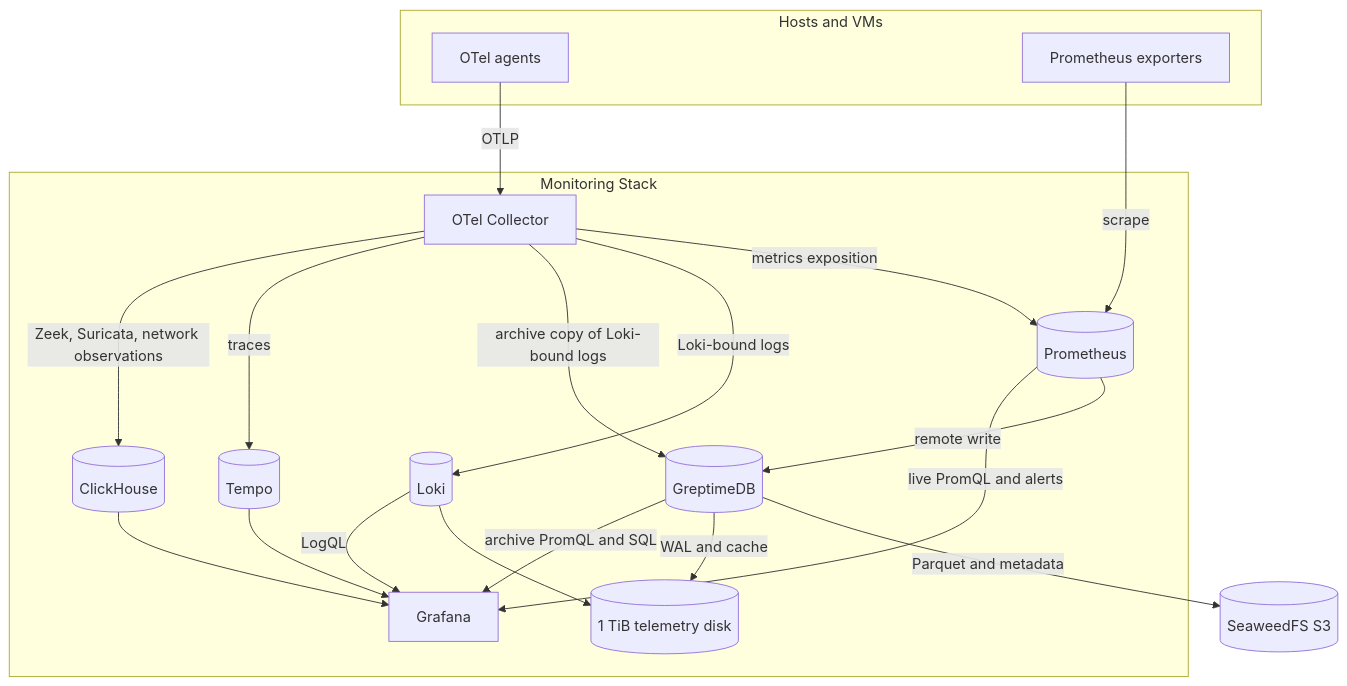
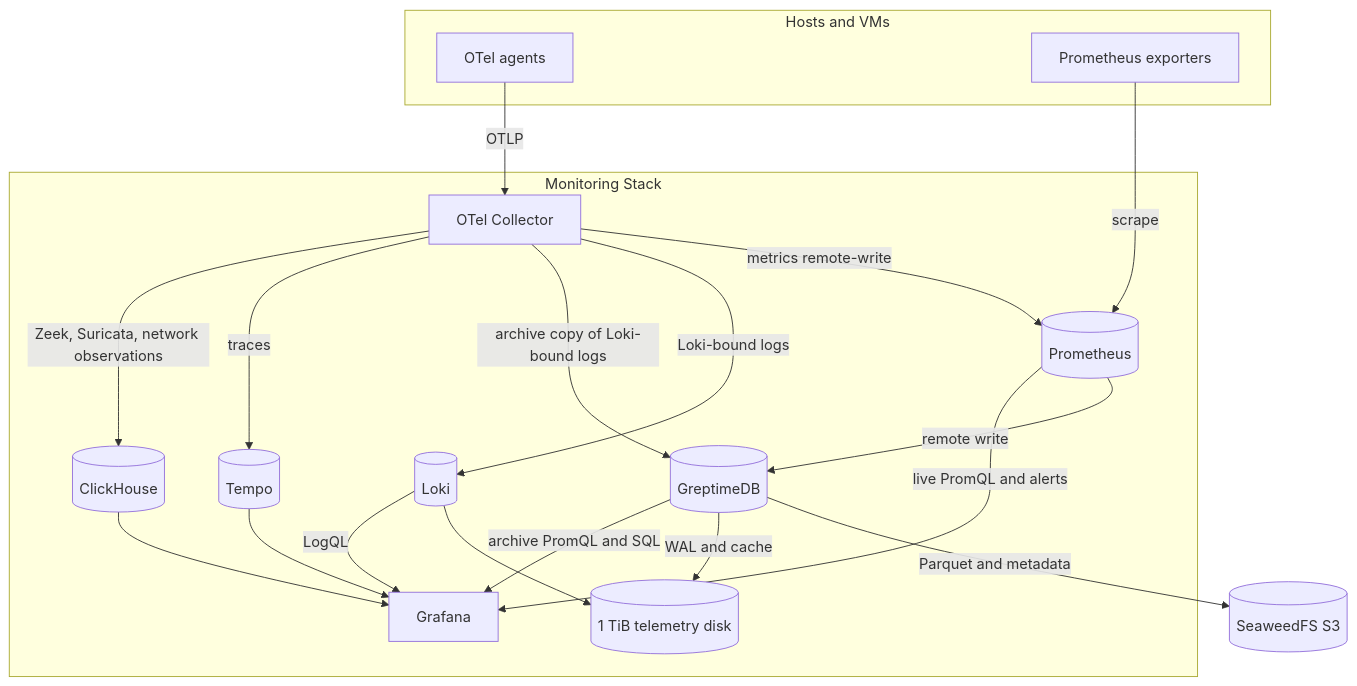
Before and after one commit to shedrachokonofua/aether: the diagram in docs/monitoring.md, drawn with Mermaid. The commit also changed 8 other files, not shown here.

````diff
--- a/docs/monitoring.md
+++ b/docs/monitoring.md
@@ -7,37 +7,37 @@
 ```mermaid
 flowchart TB
     subgraph Hosts["Hosts and VMs"]
         Agent["OTel agents"]
         Exporters["Prometheus exporters"]
     end
 
     subgraph Niobe["Monitoring Stack"]
         Collector["OTel Collector"]
         Prometheus[(Prometheus)]
         Loki[(Loki)]
         Tempo[(Tempo)]
         ClickHouse[(ClickHouse)]
         Greptime[(GreptimeDB)]
         Grafana[Grafana]
         TelemetryDisk[("1 TiB telemetry disk")]
     end
 
     SeaweedFS[(SeaweedFS S3)]
 
     Agent -->|OTLP| Collector
     Exporters -->|scrape| Prometheus
-    Collector -->|metrics exposition| Prometheus
+    Collector -->|metrics remote-write| Prometheus
     Collector -->|Loki-bound logs| Loki
     Collector -->|archive copy of Loki-bound logs| Greptime
     Collector -->|traces| Tempo
     Collector -->|Zeek, Suricata, network observations| ClickHouse
     Prometheus -->|remote write| Greptime
     Greptime -->|Parquet and metadata| SeaweedFS
     Loki --> TelemetryDisk
     Greptime -->|WAL and cache| TelemetryDisk
     Prometheus -->|live PromQL and alerts| Grafana
     Loki -->|LogQL| Grafana
     Tempo --> Grafana
     ClickHouse --> Grafana
     Greptime -->|archive PromQL and SQL| Grafana
 ```
````
